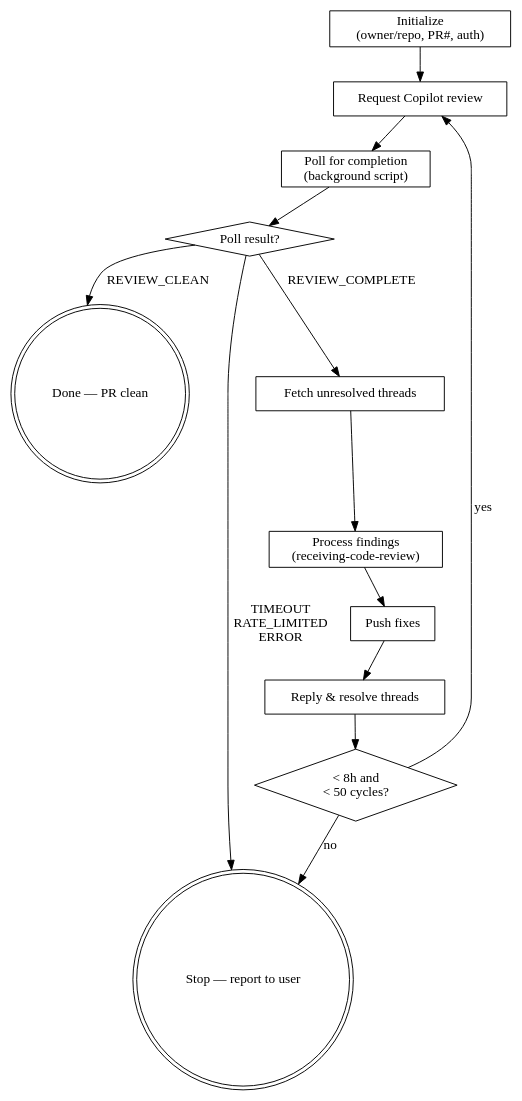
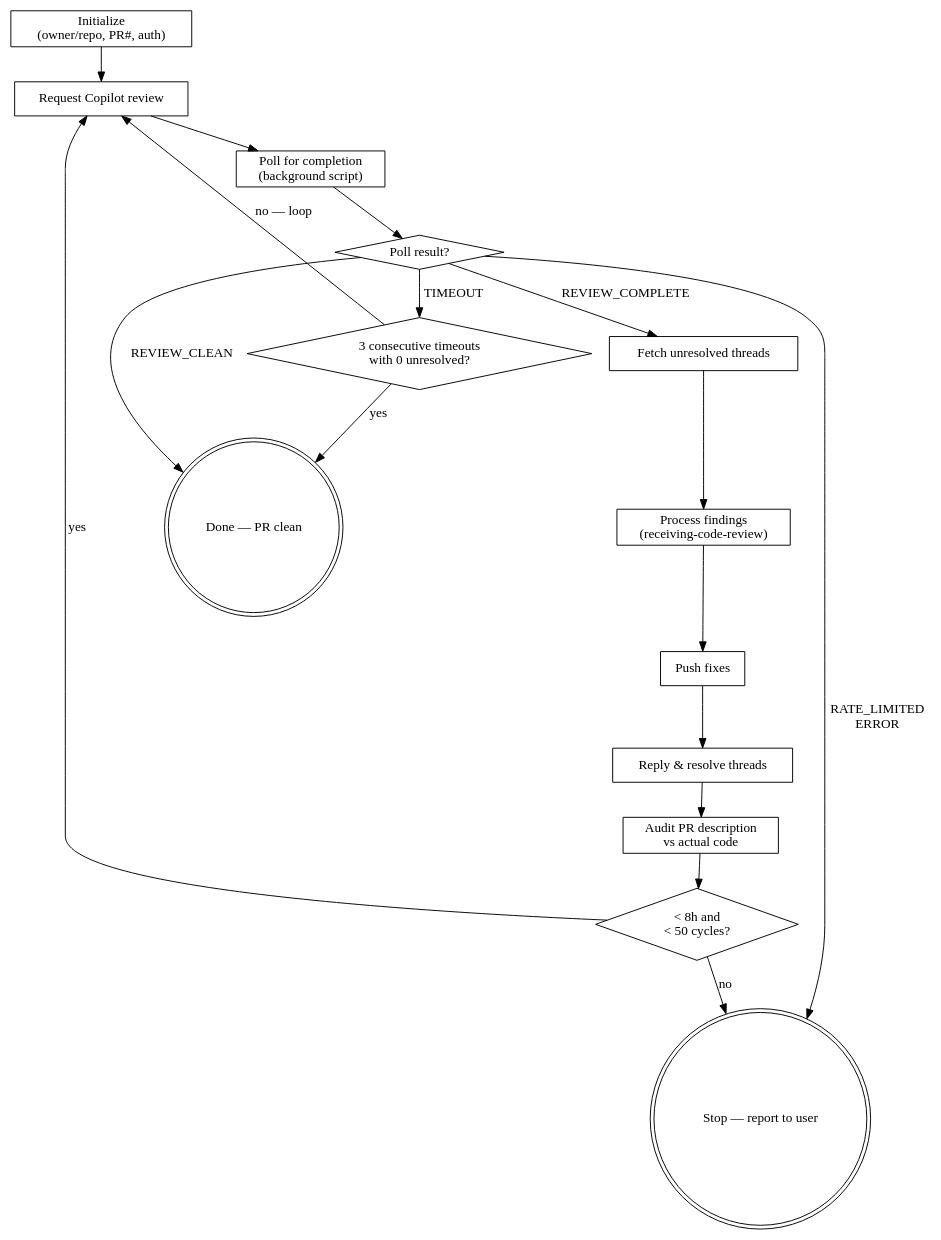
The diagram in skills/copilot-review/SKILL.md (perezd/codetainer), drawn with Graphviz before and after one commit. The commit also changed other lines of this file, not shown here.

First line of the commit message:
fix(skills): add timeout convergence and PR description audit to copilot-review

````diff
--- a/skills/copilot-review/SKILL.md
+++ b/skills/copilot-review/SKILL.md
@@ -23,30 +23,36 @@
 ```dot
 digraph copilot_review {
     rankdir=TB;
 
     init [label="Initialize\n(owner/repo, PR#, auth)" shape=box];
     request [label="Request Copilot review" shape=box];
     poll [label="Poll for completion\n(background script)" shape=box];
     result [label="Poll result?" shape=diamond];
+    timeout_check [label="3 consecutive timeouts\nwith 0 unresolved?" shape=diamond];
     fetch [label="Fetch unresolved threads" shape=box];
     process [label="Process findings\n(receiving-code-review)" shape=box];
     push [label="Push fixes" shape=box];
     resolve [label="Reply & resolve threads" shape=box];
+    desc_audit [label="Audit PR description\nvs actual code" shape=box];
     guard [label="< 8h and\n< 50 cycles?" shape=diamond];
     done_clean [label="Done — PR clean" shape=doublecircle];
     done_stop [label="Stop — report to user" shape=doublecircle];
 
     init -> request;
     request -> poll;
     poll -> result;
     result -> done_clean [label="REVIEW_CLEAN"];
-    result -> done_stop [label="TIMEOUT\nRATE_LIMITED\nERROR"];
+    result -> timeout_check [label="TIMEOUT"];
+    result -> done_stop [label="RATE_LIMITED\nERROR"];
     result -> fetch [label="REVIEW_COMPLETE"];
+    timeout_check -> done_clean [label="yes"];
+    timeout_check -> request [label="no — loop"];
     fetch -> process;
     process -> push;
     push -> resolve;
-    resolve -> guard;
+    resolve -> desc_audit;
+    desc_audit -> guard;
     guard -> request [label="yes"];
     guard -> done_stop [label="no"];
 }
 ```
````
